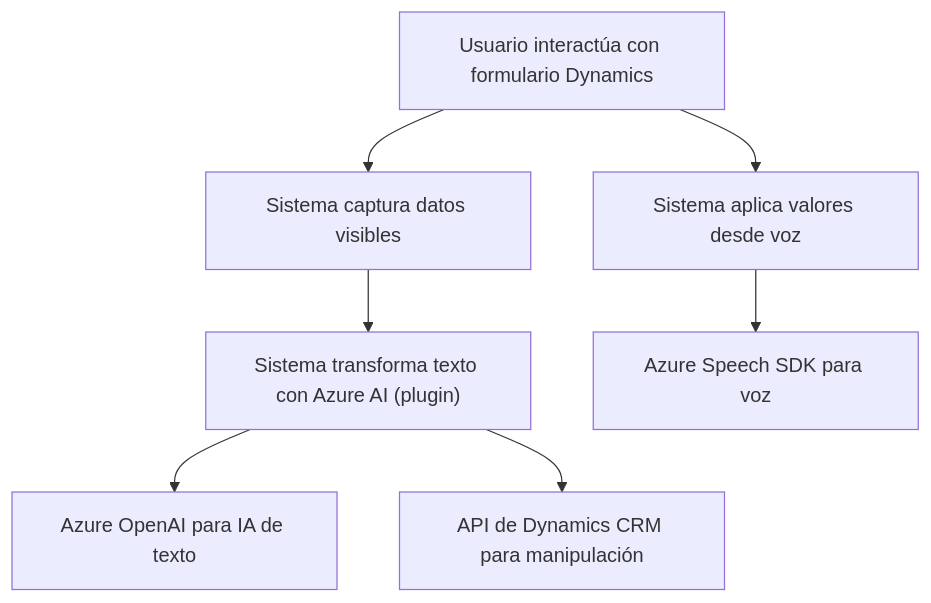
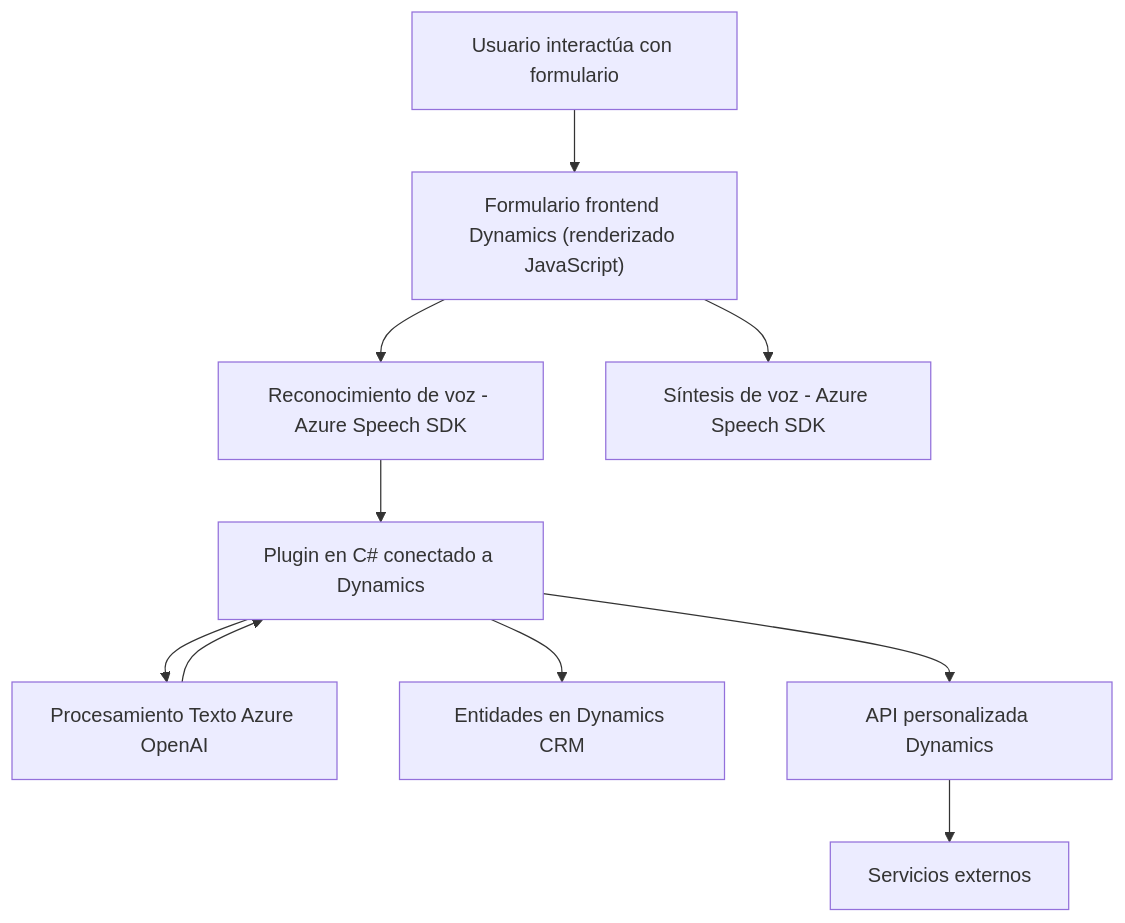
One commit to blopezdm/NETCORE_BILBAO2025 changed the diagram in README.md. Above: the diagram before and after it, drawn with Mermaid. The commit also changed other lines of this file, not shown here.

Commit message:
Actualizar análisis global de la solución con IA

````diff
--- a/README.md
+++ b/README.md
@@ -36,18 +43,22 @@
 ```mermaid
 graph TD
-  A["Usuario interactúa con formulario Dynamics"]
-  B["Sistema captura datos visibles"]
-  C["Sistema aplica valores desde voz"]
-  D["Sistema transforma texto con Azure AI (plugin)"]
-  
-  E["Azure Speech SDK para voz"]
-  F["Azure OpenAI para IA de texto"]
-  G["API de Dynamics CRM para manipulación"]
+    Inicio["Usuario interactúa con formulario"]
+    Formulario["Formulario frontend Dynamics (renderizado JavaScript)"]
+    SpeechRecognition["Reconocimiento de voz - Azure Speech SDK"]
+    TextToSpeech["Síntesis de voz - Azure Speech SDK"]
+    ProcesamientoTexto["Procesamiento Texto Azure OpenAI"]
+    PluginDynamics["Plugin en C# conectado a Dynamics"]
+    CRM["Entidades en Dynamics CRM"]
+    APIInterna["API personalizada Dynamics"]
+    DatosExternos["Servicios externos"]
 
-  A --> B
-  A --> C
-  C --> E
-  B --> D
-  D --> F
-  D --> G
+    Inicio --> Formulario
+    Formulario --> SpeechRecognition
+    SpeechRecognition --> PluginDynamics
+    PluginDynamics --> APIInterna
+    PluginDynamics --> CRM
+    Formulario --> TextToSpeech
+    PluginDynamics --> ProcesamientoTexto
+    ProcesamientoTexto --> PluginDynamics
+    APIInterna --> DatosExternos
 ```
````
